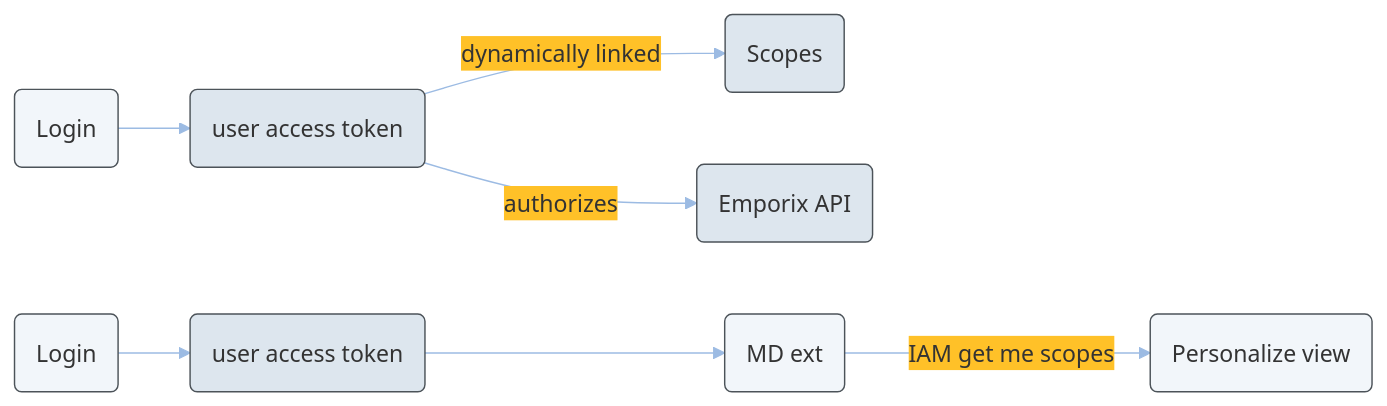
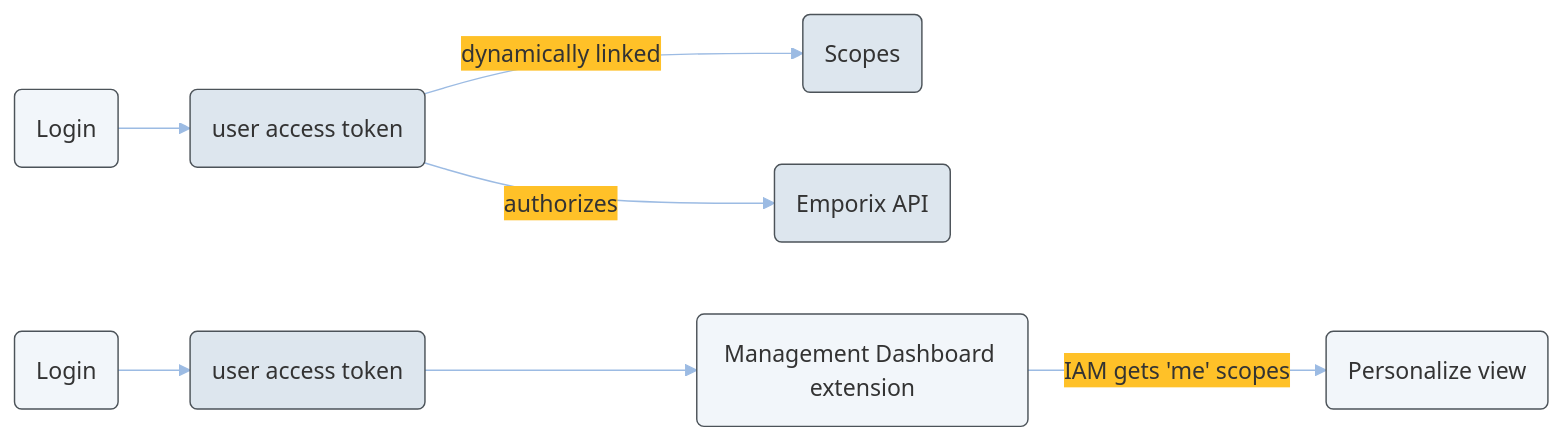
One commit to emporix/api-references changed the second of 2 diagrams in quickstart/authentication-and-authorization/custom-scopes-custom-entities.md. Above: the diagram before and after it, drawn with Mermaid. The commit also changed other lines of this file and 2 other files, not shown here.

````diff
--- a/quickstart/authentication-and-authorization/custom-scopes-custom-entities.md
+++ b/quickstart/authentication-and-authorization/custom-scopes-custom-entities.md
@@ -83,44 +83,44 @@
 ```mermaid
 ---
 config:
   layout: fixed
   theme: base
   look: classic
   themeVariables:
     background: transparent
     lineColor: "#9CBBE3"
     arrowheadColor: "#9CBBE3"
     edgeLabelBackground: "#FFC128"
     edgeLabelTextColor: "#4C5359"
 ---
 flowchart LR
     L1[Login] --> T1[user access token]
     T1 -->|dynamically linked| S[Scopes]
     T1 -->|authorizes| API[Emporix API]
 
     L2[Login] --> T2[user access token]
-    T2 --> MD[MD ext]
-    MD -->|IAM get me scopes| PV[Personalize view]
+    T2 --> MD[Management Dashboard extension]
+    MD -->|IAM gets 'me' scopes| PV[Personalize view]
 
     L1@{ shape: rounded}
     T1@{ shape: rounded}
     S@{ shape: rounded}
     API@{ shape: rounded}
     L2@{ shape: rounded}
     T2@{ shape: rounded}
     MD@{ shape: rounded}
     PV@{ shape: rounded}
 
     L1:::Class_04
     L2:::Class_04
     T1:::Class_02
     T2:::Class_02
     S:::Class_02
     API:::Class_02
     MD:::Class_04
     PV:::Class_04
     classDef Class_02 stroke-width:1px, stroke-dasharray: 0, stroke:#4C5359, fill:#DDE6EE
     classDef Class_01 stroke-width:1px, stroke-dasharray: 0, stroke:#4C5359, fill:#A1BDDC
     classDef Class_03 stroke-width:1px, stroke-dasharray: 0, stroke:#E1A72A, fill:#FFC128
     classDef Class_04 fill:#F2F6FA, stroke:#4C5359
 ```
````
